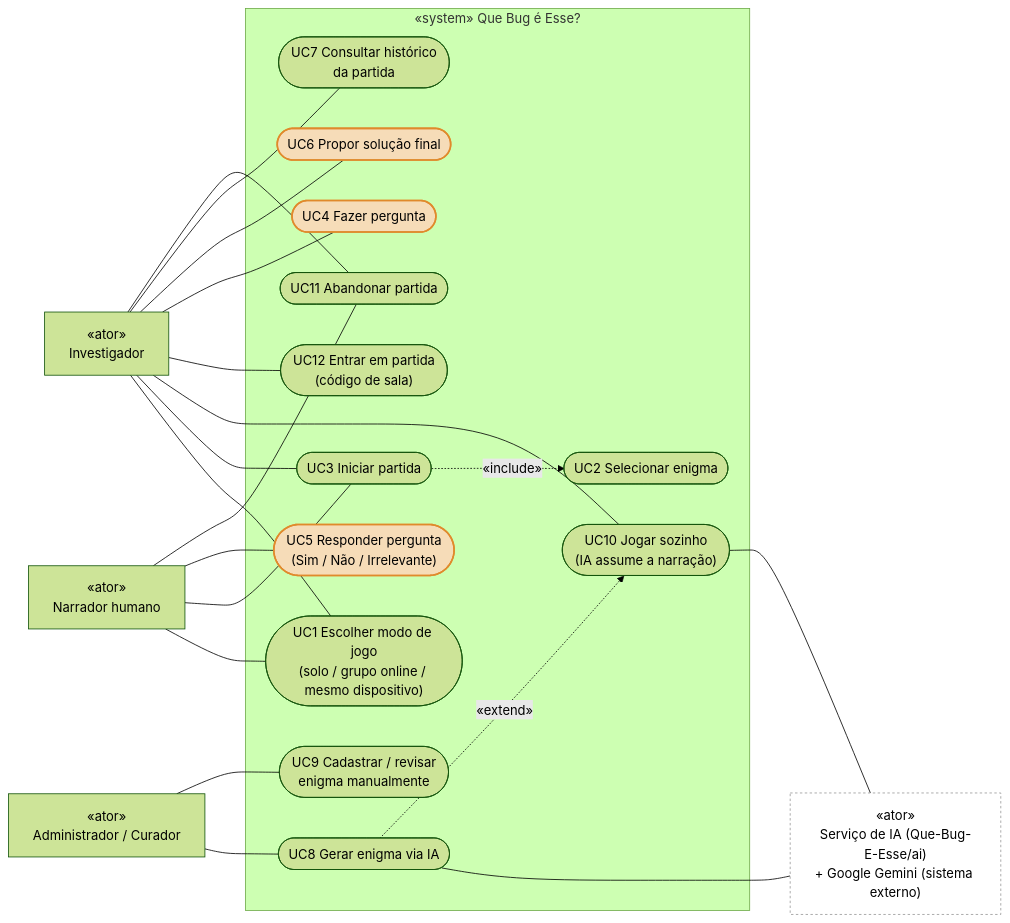
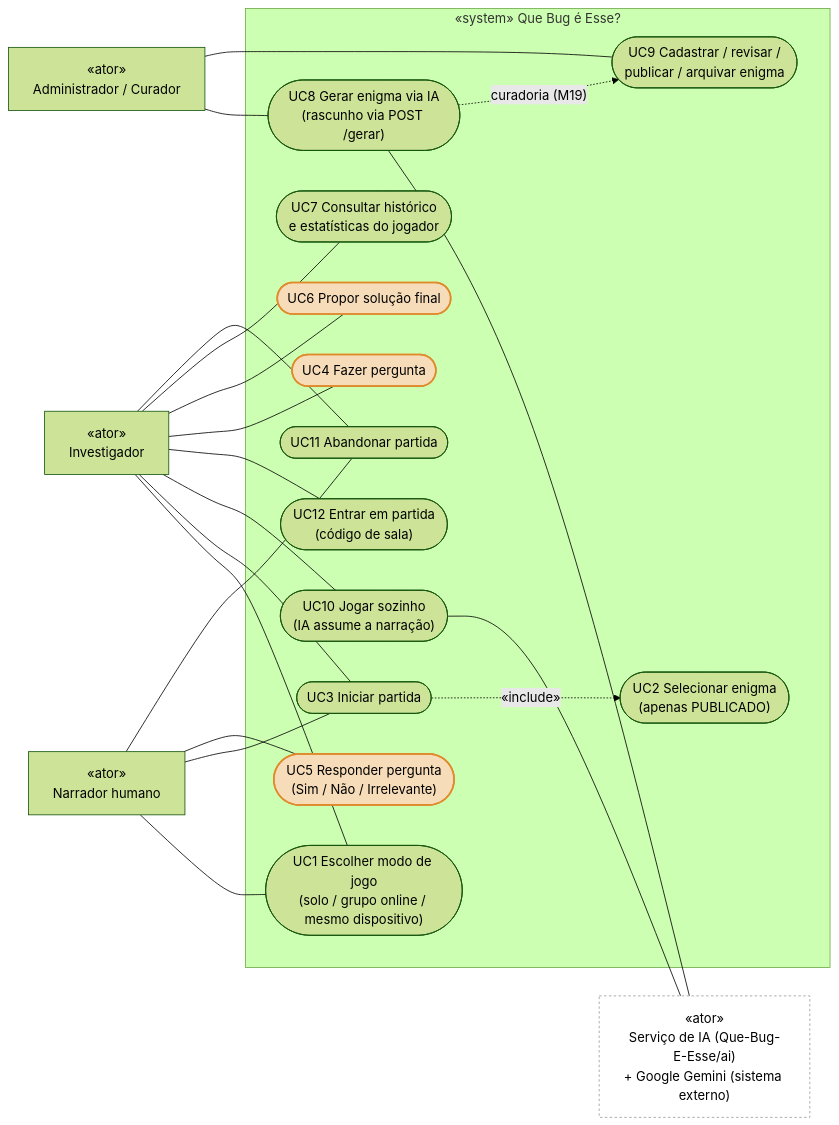
The diagram in docs/diagramas/casos-de-uso.md (Dtma20/que-bug-e-esse), drawn with Mermaid (forest theme) before and after one commit. The commit also changed other lines of this file and 7 other files, not shown here.

Commit message:
Docs: adiciona specs S11-S12, atualiza diagramas e fecha backlog M4

````diff
--- a/docs/diagramas/casos-de-uso.md
+++ b/docs/diagramas/casos-de-uso.md
@@ -8,47 +8,47 @@
 ```mermaid
 flowchart LR
     inv["«ator»<br/>Investigador"]
     narr["«ator»<br/>Narrador humano"]
     cur["«ator»<br/>Administrador / Curador"]
     llm["«ator»<br/>Serviço de IA (Que-Bug-E-Esse/ai)<br/>+ Google Gemini (sistema externo)"]
 
     subgraph sistema["«system» Que Bug é Esse?"]
         UC1(["UC1 Escolher modo de jogo<br/>(solo / grupo online / mesmo dispositivo)"])
         UC10(["UC10 Jogar sozinho<br/>(IA assume a narração)"])
         UC12(["UC12 Entrar em partida<br/>(código de sala)"])
         UC4(["UC4 Fazer pergunta"])
         UC6(["UC6 Propor solução final"])
-        UC7(["UC7 Consultar histórico<br/>da partida"])
+        UC7(["UC7 Consultar histórico<br/>e estatísticas do jogador"])
         UC11(["UC11 Abandonar partida"])
         UC3(["UC3 Iniciar partida"])
         UC5(["UC5 Responder pergunta<br/>(Sim / Não / Irrelevante)"])
-        UC9(["UC9 Cadastrar / revisar<br/>enigma manualmente"])
-        UC2(["UC2 Selecionar enigma"])
-        UC8(["UC8 Gerar enigma via IA"])
+        UC9(["UC9 Cadastrar / revisar /<br/>publicar / arquivar enigma"])
+        UC2(["UC2 Selecionar enigma<br/>(apenas PUBLICADO)"])
+        UC8(["UC8 Gerar enigma via IA<br/>(rascunho via POST /gerar)"])
     end
 
     inv --- UC1
     inv --- UC3
     inv --- UC10
     inv --- UC12
     inv --- UC4
     inv --- UC6
     inv --- UC7
     inv --- UC11
     narr --- UC1
     narr --- UC3
     narr --- UC5
     narr --- UC11
     cur --- UC8
     cur --- UC9
     UC10 --- llm
     UC8 --- llm
 
     UC3 -.->|"«include»"| UC2
-    UC8 -.->|"«extend»"| UC10
+    UC8 -.->|"curadoria (M19)"| UC9
 
     classDef principal fill:#f6dcb8,stroke:#e08a2c,stroke-width:2px
     classDef externo fill:#ffffff,stroke:#999999,stroke-dasharray:3 3
     class UC4,UC5,UC6 principal
     class llm externo
 ```
````
